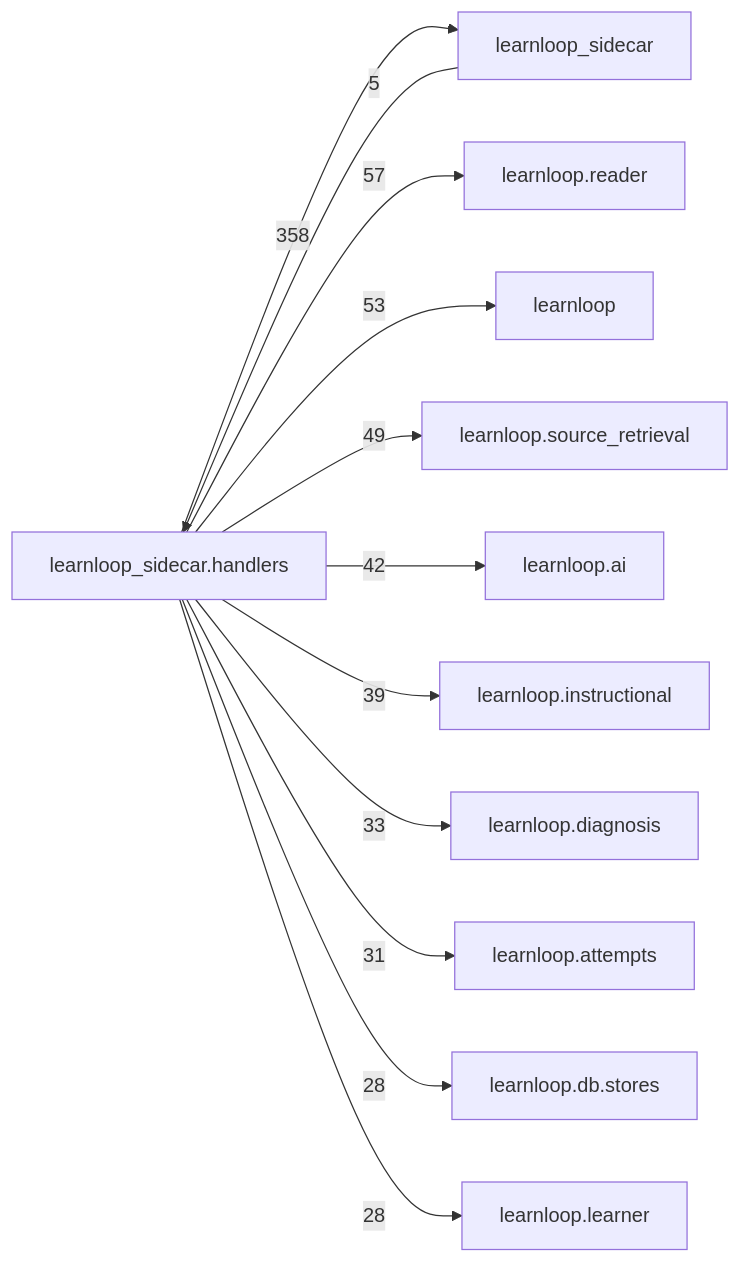
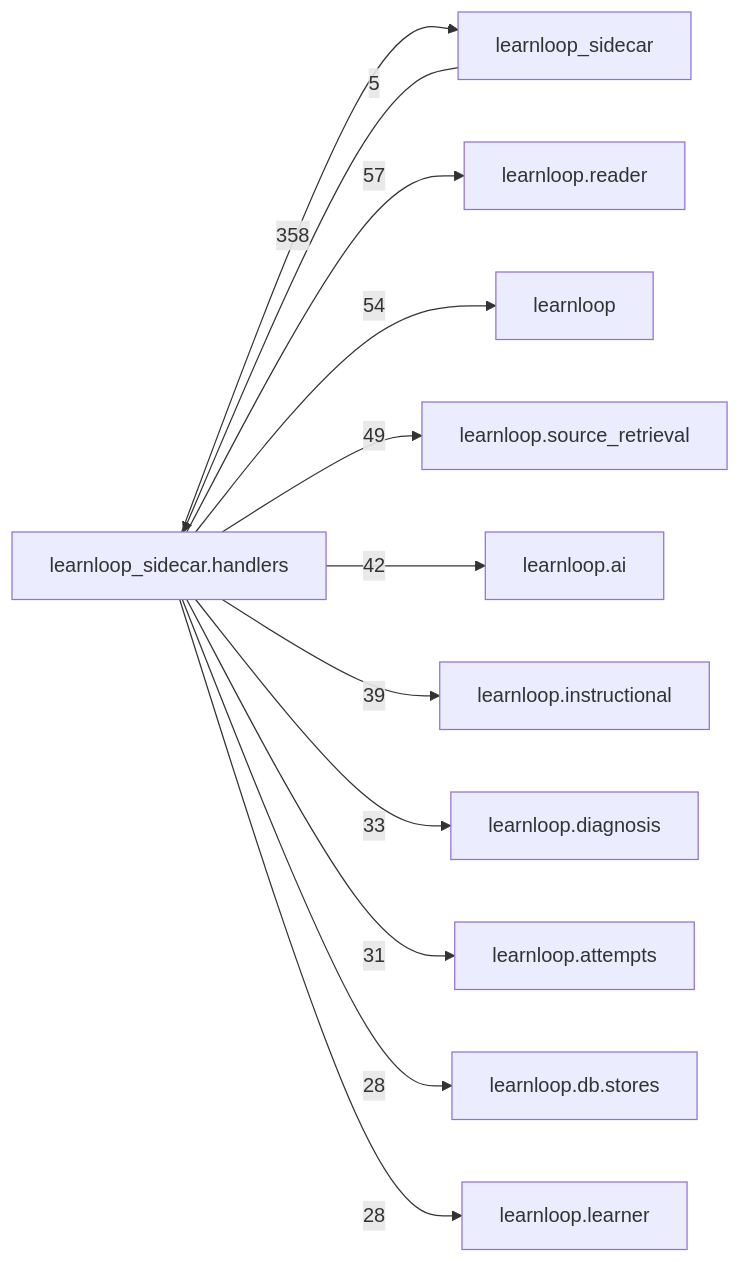
One commit to 6up-b/learnanything changed the diagram in docs/learnloop-architecture-vault/Reference/Modules/learnloop_sidecar/handlers/_package.md. Above: the diagram before and after it, drawn with Mermaid. The commit also changed other lines of this file and 9 other files, not shown here.

````diff
--- a/docs/learnloop-architecture-vault/Reference/Modules/learnloop_sidecar/handlers/_package.md
+++ b/docs/learnloop-architecture-vault/Reference/Modules/learnloop_sidecar/handlers/_package.md
@@ -280,25 +280,25 @@
 ```mermaid
 flowchart LR
     center["learnloop_sidecar.handlers"]
     n_learnloop_sidecar["learnloop_sidecar"]
     n_learnloop_reader["learnloop.reader"]
     n_learnloop["learnloop"]
     n_learnloop_source_retrieval["learnloop.source_retrieval"]
     n_learnloop_ai["learnloop.ai"]
     n_learnloop_instructional["learnloop.instructional"]
     n_learnloop_diagnosis["learnloop.diagnosis"]
     n_learnloop_attempts["learnloop.attempts"]
     n_learnloop_db_stores["learnloop.db.stores"]
     n_learnloop_learner["learnloop.learner"]
     n_learnloop_sidecar -->|5| center
     center -->|358| n_learnloop_sidecar
     center -->|57| n_learnloop_reader
-    center -->|53| n_learnloop
+    center -->|54| n_learnloop
     center -->|49| n_learnloop_source_retrieval
     center -->|42| n_learnloop_ai
     center -->|39| n_learnloop_instructional
     center -->|33| n_learnloop_diagnosis
     center -->|31| n_learnloop_attempts
     center -->|28| n_learnloop_db_stores
     center -->|28| n_learnloop_learner
 ```
````
